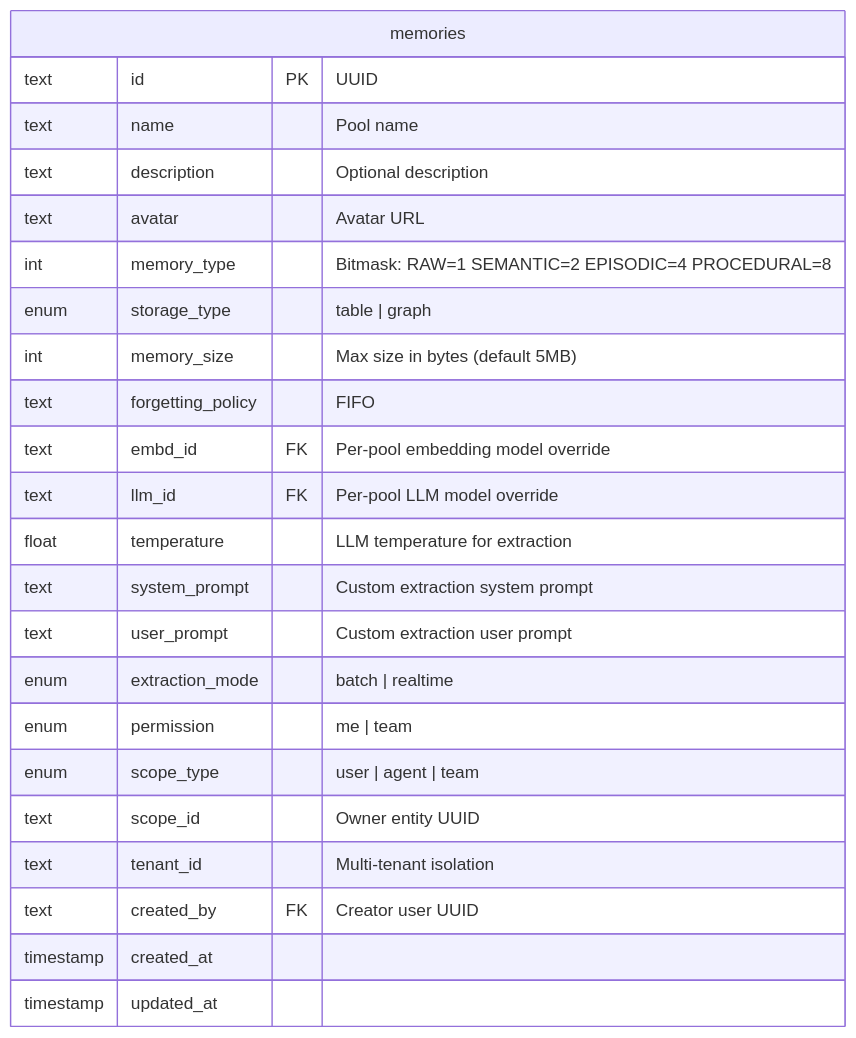
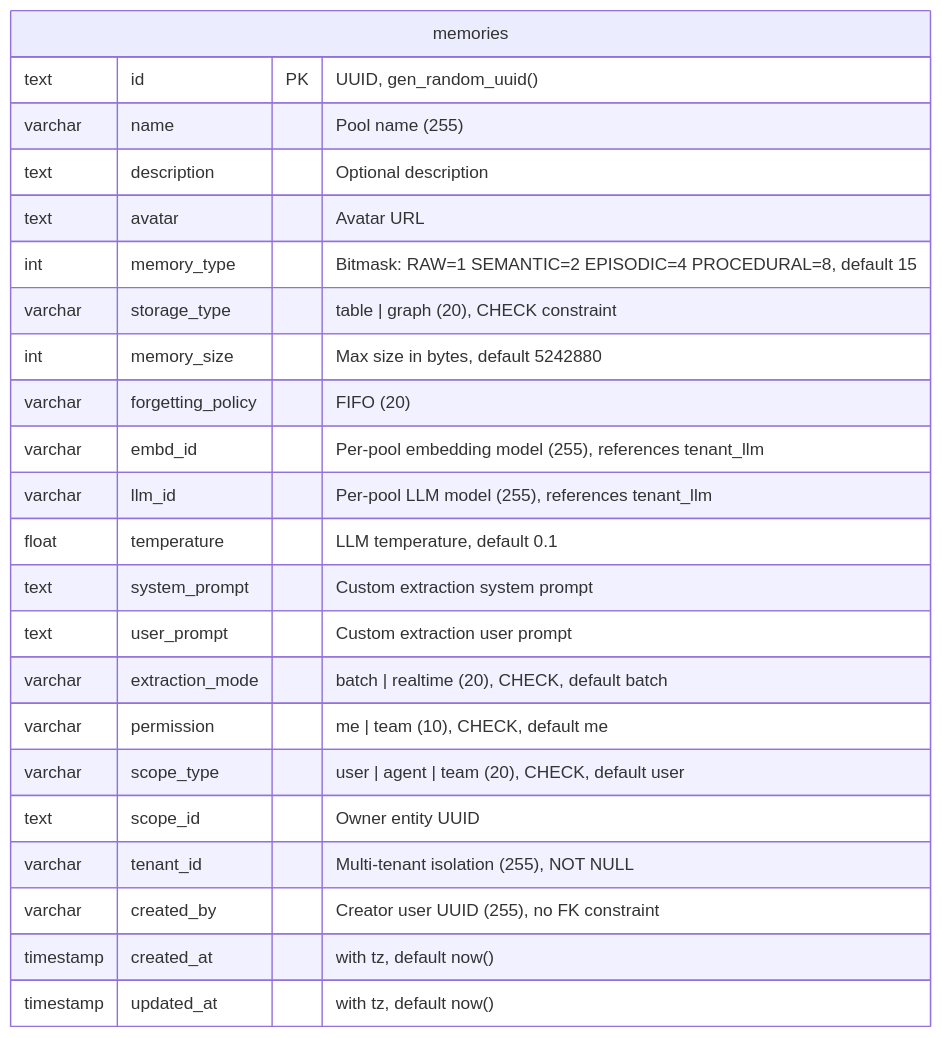
The second of 3 diagrams in docs/basic-design/database-design-agents-memory.md (b-knowledge-solution/b-knowledge), drawn with Mermaid before and after one commit. The commit also changed other lines of this file and 9 other files, not shown here.

````diff
--- a/docs/basic-design/database-design-agents-memory.md
+++ b/docs/basic-design/database-design-agents-memory.md
@@ -104,26 +104,26 @@
 ```mermaid
 erDiagram
     memories {
-        text id PK "UUID"
-        text name "Pool name"
+        text id PK "UUID, gen_random_uuid()"
+        varchar name "Pool name (255)"
         text description "Optional description"
         text avatar "Avatar URL"
-        int memory_type "Bitmask: RAW=1 SEMANTIC=2 EPISODIC=4 PROCEDURAL=8"
-        enum storage_type "table | graph"
-        int memory_size "Max size in bytes (default 5MB)"
-        text forgetting_policy "FIFO"
-        text embd_id FK "Per-pool embedding model override"
-        text llm_id FK "Per-pool LLM model override"
-        float temperature "LLM temperature for extraction"
+        int memory_type "Bitmask: RAW=1 SEMANTIC=2 EPISODIC=4 PROCEDURAL=8, default 15"
+        varchar storage_type "table | graph (20), CHECK constraint"
+        int memory_size "Max size in bytes, default 5242880"
+        varchar forgetting_policy "FIFO (20)"
+        varchar embd_id "Per-pool embedding model (255), references tenant_llm"
+        varchar llm_id "Per-pool LLM model (255), references tenant_llm"
+        float temperature "LLM temperature, default 0.1"
         text system_prompt "Custom extraction system prompt"
         text user_prompt "Custom extraction user prompt"
-        enum extraction_mode "batch | realtime"
-        enum permission "me | team"
-        enum scope_type "user | agent | team"
+        varchar extraction_mode "batch | realtime (20), CHECK, default batch"
+        varchar permission "me | team (10), CHECK, default me"
+        varchar scope_type "user | agent | team (20), CHECK, default user"
         text scope_id "Owner entity UUID"
-        text tenant_id "Multi-tenant isolation"
-        text created_by FK "Creator user UUID"
-        timestamp created_at
-        timestamp updated_at
+        varchar tenant_id "Multi-tenant isolation (255), NOT NULL"
+        varchar created_by "Creator user UUID (255), no FK constraint"
+        timestamp created_at "with tz, default now()"
+        timestamp updated_at "with tz, default now()"
     }
 ```
````
